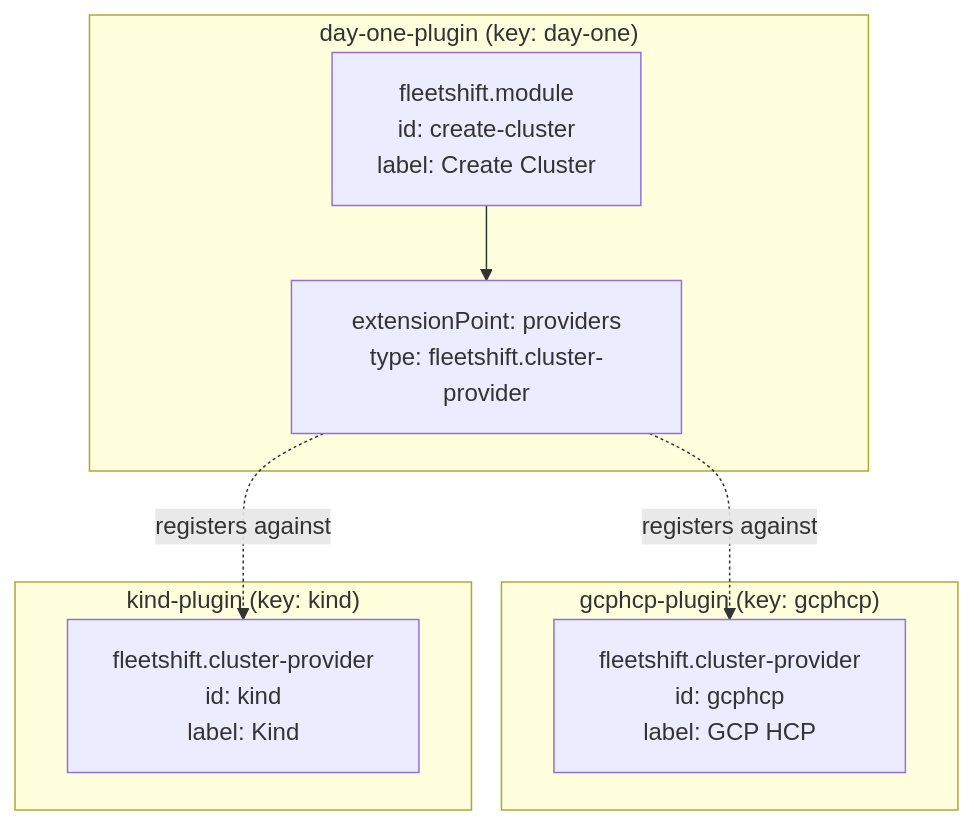
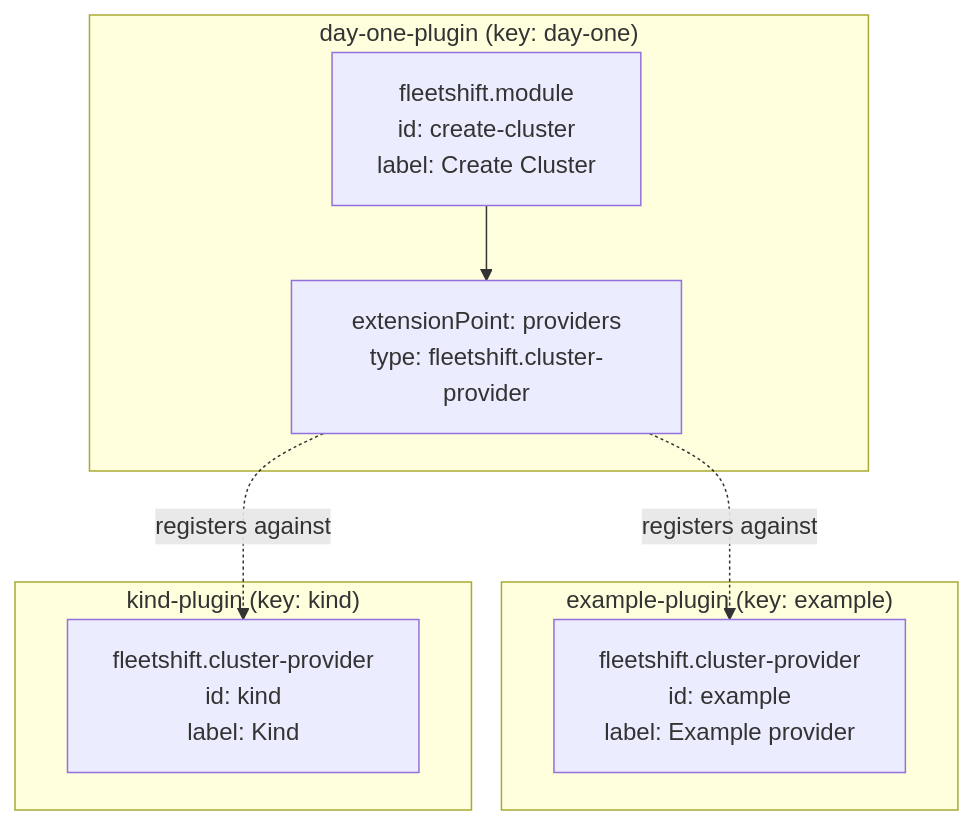
Before and after one commit to fleetshift/fleetshift-poc: the first of 3 diagrams in docs/ui/feature-contracts.md, drawn with Mermaid. The commit also changed other lines of this file and 299 other files, not shown here.

````diff
--- a/docs/ui/feature-contracts.md
+++ b/docs/ui/feature-contracts.md
@@ -137,19 +139,19 @@
 ```mermaid
 graph TD
     subgraph "day-one-plugin (key: day-one)"
         F["fleetshift.module<br/>id: create-cluster<br/>label: Create Cluster"]
         EP["extensionPoint: providers<br/>type: fleetshift.cluster-provider"]
         F --> EP
     end
 
-    subgraph "gcphcp-plugin (key: gcphcp)"
-        E1["fleetshift.cluster-provider<br/>id: gcphcp<br/>label: GCP HCP"]
+    subgraph "example-plugin (key: example)"
+        E1["fleetshift.cluster-provider<br/>id: example<br/>label: Example provider"]
     end
 
     subgraph "kind-plugin (key: kind)"
         E2["fleetshift.cluster-provider<br/>id: kind<br/>label: Kind"]
     end
 
     EP -.->|"registers against"| E1
     EP -.->|"registers against"| E2
 ```
````
